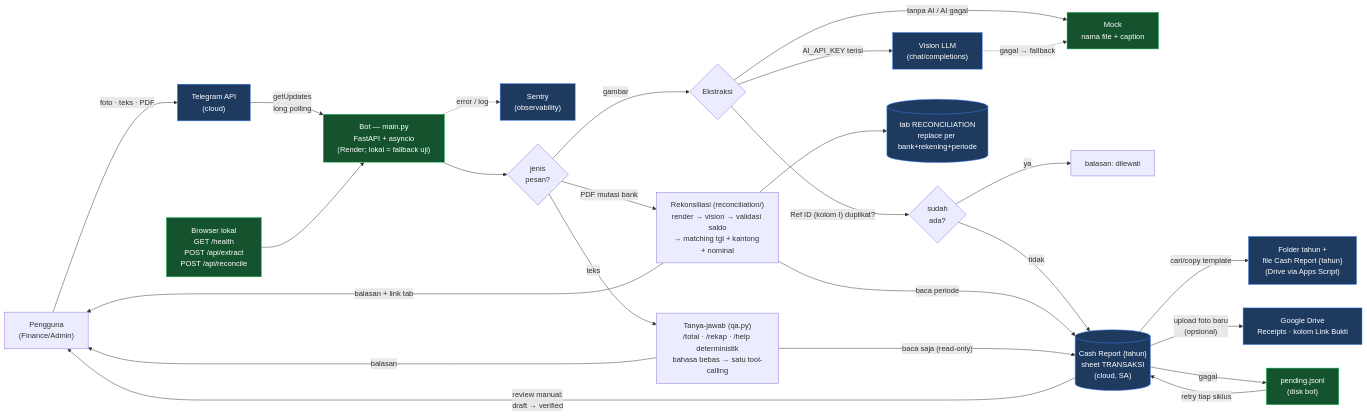
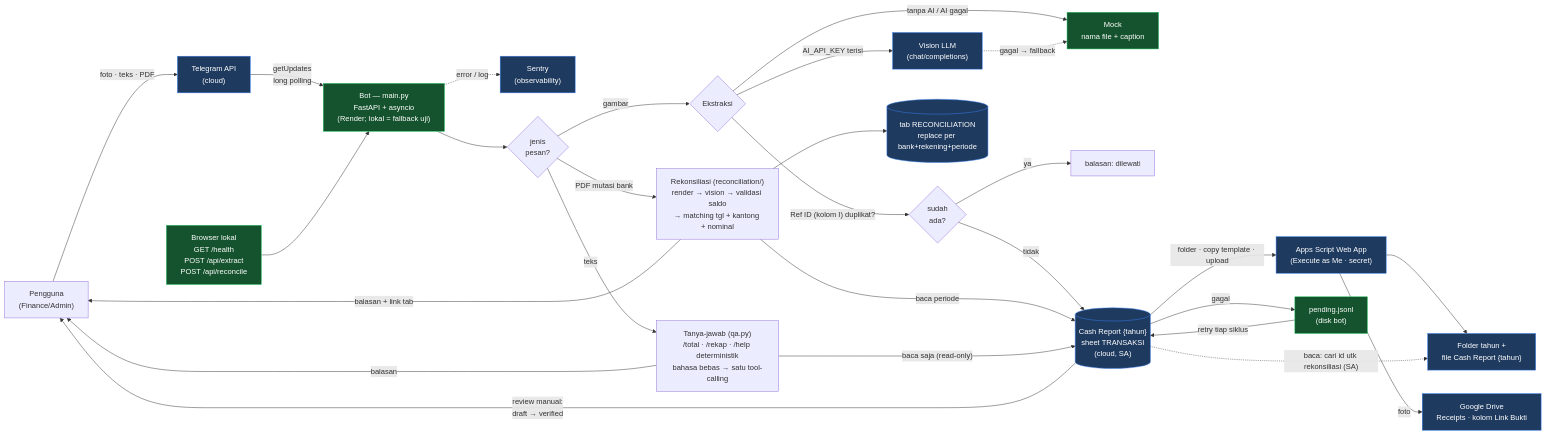
Before and after one commit to Project-Rework-G3-AI/ai-finance-assistant: the diagram in README.md, drawn with Mermaid. The commit also changed 7 other files, not shown here.

First line of the commit message:
docs: tandai file usang sebagai deprecated + arsitektur Apps Script di diagram

````diff
--- a/README.md
+++ b/README.md
@@ -9,38 +9,40 @@
 ```mermaid
 flowchart LR
     U["Pengguna<br/>(Finance/Admin)"] -->|"foto · teks · PDF"| TG["Telegram API<br/>(cloud)"]
     TG -->|"getUpdates<br/>long polling"| BOT["Bot — main.py<br/>FastAPI + asyncio<br/>(Render; lokal = fallback uji)"]
     BOT -.->|"error / log"| SEN["Sentry<br/>(observability)"]
     BOT --> ROUT{"jenis<br/>pesan?"}
 
     ROUT -->|"gambar"| EXT{"Ekstraksi"}
     EXT -->|"AI_API_KEY terisi"| VIS["Vision LLM<br/>(chat/completions)"]
     EXT -->|"tanpa AI / AI gagal"| MOCK["Mock<br/>nama file + caption"]
     VIS -.->|"gagal → fallback"| MOCK
 
     EXT -->|"Ref ID (kolom I) duplikat?"| DUP{"sudah<br/>ada?"}
     DUP -->|"ya"| SKIP["balasan: dilewati"]
     DUP -->|"tidak"| CR[("Cash Report {tahun}<br/>sheet TRANSAKSI<br/>(cloud, SA)")]
 
     ROUT -->|"PDF mutasi bank"| REC["Rekonsiliasi (reconciliation/)<br/>render → vision → validasi saldo<br/>→ matching tgl + kantong + nominal"]
     REC -->|"baca periode"| CR
     REC --> RC[("tab RECONCILIATION<br/>replace per bank+rekening+periode")]
     REC -->|"balasan + link tab"| U
 
     ROUT -->|"teks"| QA["Tanya-jawab (qa.py)<br/>/total · /rekap · /help deterministik<br/>bahasa bebas → satu tool-calling"]
     QA -->|"baca saja (read-only)"| CR
     QA -->|"balasan"| U
 
-    CR -->|"cari/copy template"| YR["Folder tahun +<br/>file Cash Report {tahun}<br/>(Drive via Apps Script)"]
-    CR -->|"upload foto baru<br/>(opsional)"| DRIVE["Google Drive<br/>Receipts · kolom Link Bukti"]
+    CR -->|"folder · copy template · upload"| AS["Apps Script Web App<br/>(Execute as Me · secret)"]
+    AS --> YR["Folder tahun +<br/>file Cash Report {tahun}"]
+    AS -->|"foto"| DRIVE["Google Drive<br/>Receipts · kolom Link Bukti"]
+    CR -.->|"baca: cari id utk rekonsiliasi (SA)"| YR
     CR -->|"gagal"| PEND["pending.jsonl<br/>(disk bot)"]
     PEND -->|"retry tiap siklus"| CR
 
     CR -->|"review manual:<br/>draft → verified"| U
     W["Browser lokal<br/>GET /health<br/>POST /api/extract<br/>POST /api/reconcile"] --> BOT
 
     classDef cloud fill:#1e3a5f,stroke:#3b82f6,color:#fff
     classDef local fill:#14532d,stroke:#22c55e,color:#fff
-    class TG,CR,VIS,DRIVE,YR,RC,SEN cloud
+    class TG,CR,VIS,DRIVE,YR,AS,RC,SEN cloud
     class BOT,MOCK,PEND,W local
 ```
````
